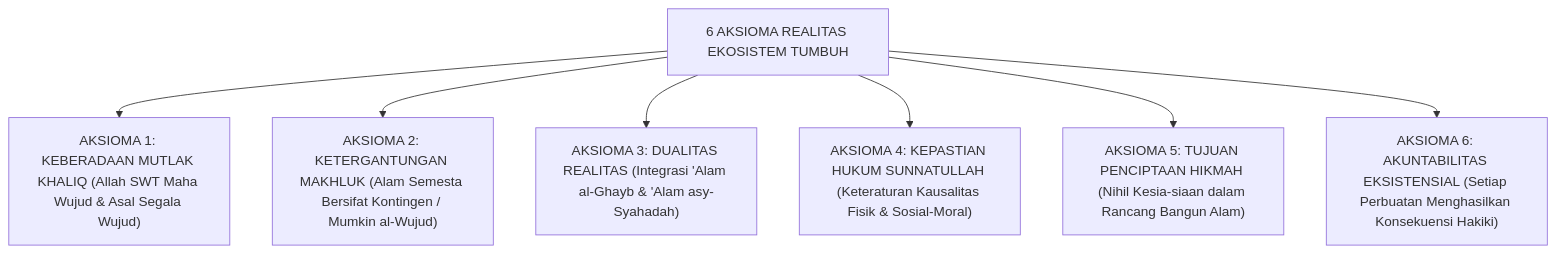
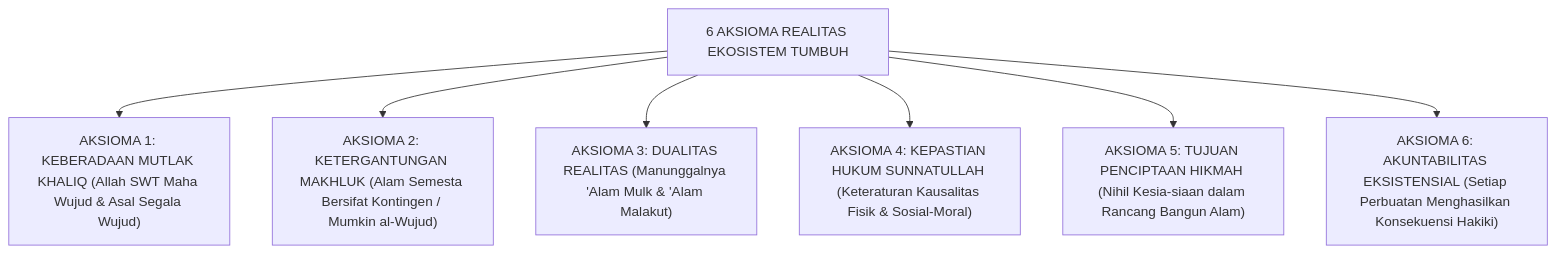
The diagram in 01 Philosophy/01 Worldview/P1-01-01-02-Aksioma-Realitas.md (wandiapriliyandi/tumbuh), drawn with Mermaid before and after one commit. The commit also changed other lines of this file and 2 other files, not shown here.

Commit message:
feat(philosophy): add professorial research monograph P1-01-01-02-Kajian-Dialektika-Inkuiri-dan-Tanya-Jawab-Aksioma-Realitas.md and pair with P1-01-01-02

````diff
--- a/01 Philosophy/01 Worldview/P1-01-01-02-Aksioma-Realitas.md
+++ b/01 Philosophy/01 Worldview/P1-01-01-02-Aksioma-Realitas.md
@@ -25,11 +30,11 @@
 ```mermaid
 graph TD
     AksiomaMaster["6 AKSIOMA REALITAS EKOSISTEM TUMBUH"]
     
     AksiomaMaster --> A1["AKSIOMA 1: KEBERADAAN MUTLAK KHALIQ (Allah SWT Maha Wujud & Asal Segala Wujud)"]
     AksiomaMaster --> A2["AKSIOMA 2: KETERGANTUNGAN MAKHLUK (Alam Semesta Bersifat Kontingen / Mumkin al-Wujud)"]
-    AksiomaMaster --> A3["AKSIOMA 3: DUALITAS REALITAS (Integrasi 'Alam al-Ghayb & 'Alam asy-Syahadah)"]
+    AksiomaMaster --> A3["AKSIOMA 3: DUALITAS REALITAS (Manunggalnya 'Alam Mulk & 'Alam Malakut)"]
     AksiomaMaster --> A4["AKSIOMA 4: KEPASTIAN HUKUM SUNNATULLAH (Keteraturan Kausalitas Fisik & Sosial-Moral)"]
     AksiomaMaster --> A5["AKSIOMA 5: TUJUAN PENCIPTAAN HIKMAH (Nihil Kesia-siaan dalam Rancang Bangun Alam)"]
     AksiomaMaster --> A6["AKSIOMA 6: AKUNTABILITAS EKSISTENSIAL (Setiap Perbuatan Menghasilkan Konsekuensi Hakiki)"]
 ```
````
